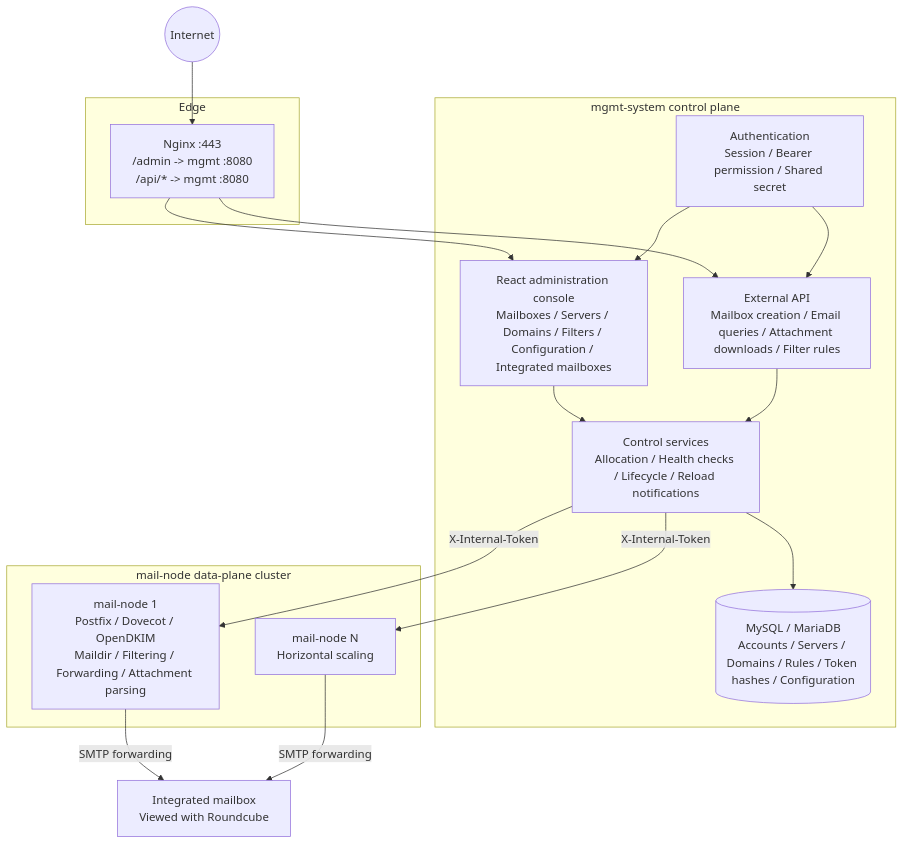
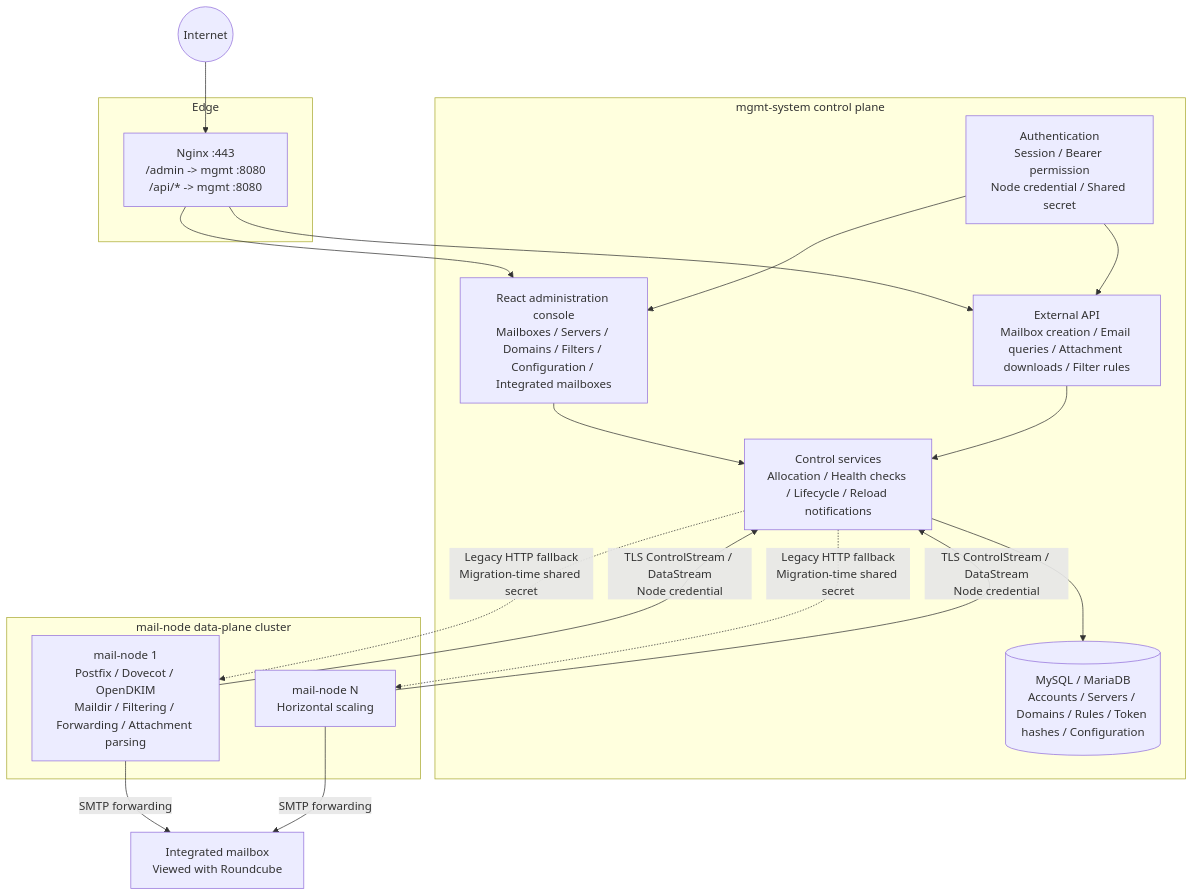
Before and after one commit to snowflake-yezi/MailHub: the diagram in README.en.md, drawn with Mermaid. The commit also changed other lines of this file and 2 other files, not shown here.

````diff
--- a/README.en.md
+++ b/README.en.md
@@ -61,36 +74,38 @@
 ```mermaid
 flowchart TB
     internet((Internet))
 
     subgraph edge["Edge"]
         nginx["Nginx :443<br/>/admin -> mgmt :8080<br/>/api/* -> mgmt :8080"]
     end
 
     subgraph mgmt["mgmt-system control plane"]
         web["React administration console<br/>Mailboxes / Servers / Domains / Filters / Configuration / Integrated mailboxes"]
         api["External API<br/>Mailbox creation / Email queries / Attachment downloads / Filter rules"]
         control["Control services<br/>Allocation / Health checks / Lifecycle / Reload notifications"]
-        auth["Authentication<br/>Session / Bearer permission / Shared secret"]
+        auth["Authentication<br/>Session / Bearer permission<br/>Node credential / Shared secret"]
         db[("MySQL / MariaDB<br/>Accounts / Servers / Domains / Rules / Token hashes / Configuration")]
     end
 
     subgraph nodes["mail-node data-plane cluster"]
         node1["mail-node 1<br/>Postfix / Dovecot / OpenDKIM<br/>Maildir / Filtering / Forwarding / Attachment parsing"]
         nodeN["mail-node N<br/>Horizontal scaling"]
     end
 
     union["Integrated mailbox<br/>Viewed with Roundcube"]
 
     internet --> nginx
     nginx --> web
     nginx --> api
     web --> control
     api --> control
     auth --> web
     auth --> api
     control --> db
-    control -->|"X-Internal-Token"| node1
-    control -->|"X-Internal-Token"| nodeN
+    node1 -->|"TLS ControlStream / DataStream<br/>Node credential"| control
+    nodeN -->|"TLS ControlStream / DataStream<br/>Node credential"| control
+    control -.->|"Legacy HTTP fallback<br/>Migration-time shared secret"| node1
+    control -.->|"Legacy HTTP fallback<br/>Migration-time shared secret"| nodeN
     node1 -->|"SMTP forwarding"| union
     nodeN -->|"SMTP forwarding"| union
 ```
````
